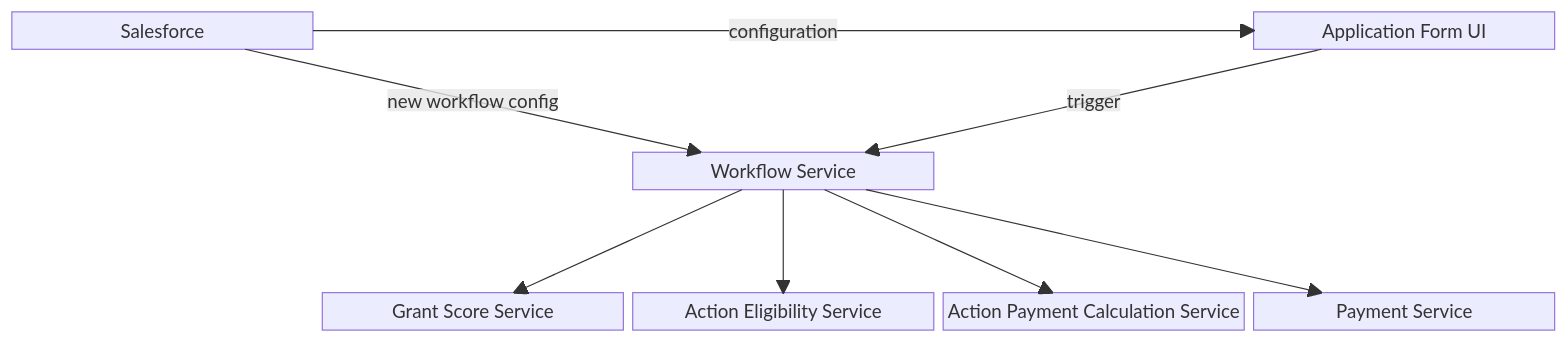
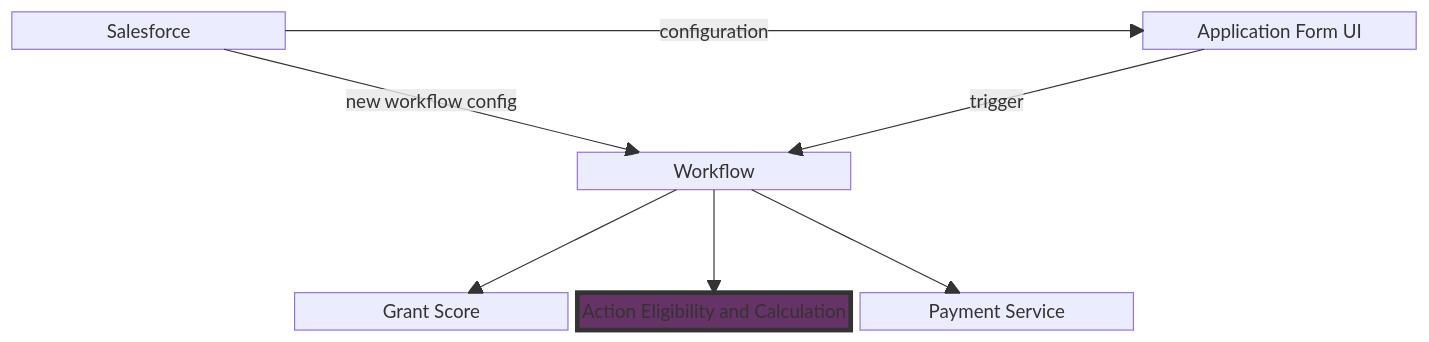
One commit to DEFRA/ffc-rps-scratchpad changed the diagram in architecture.md. Above: the diagram before and after it, drawn with Mermaid. The commit also changed 1 other file, not shown here.

Commit message:
Added definitions to ER diagram and simplified architecture

````diff
--- a/architecture.md
+++ b/architecture.md
@@ -1,25 +1,25 @@
 ```mermaid
 block-beta
     columns 6
 
     Salesforce
     space:3
     AppForm["Application Form UI"]
     space:15
-    Workflow["Workflow Service"]
+    Workflow["Workflow"]
     space:16
-    Grant["Grant Score Service"]
-    Eligibility["Action Eligibility Service"]
-    Calc["Action Payment Calculation Service"]
+    Grant["Grant Score"]
+    Eligibility["Action Eligibility and Calculation"]
     Payments["Payment Service"]
+
+
 
     Salesforce --"configuration"--> AppForm
     Salesforce --"new workflow config"--> Workflow
     AppForm --"trigger"--> Workflow
     Workflow --> Grant
     Workflow --> Eligibility
-    Workflow --> Calc
     Workflow --> Payments
 
-
+    style Eligibility padding:200px,fill:#636,stroke:#333,stroke-width:4px
 ```
````
